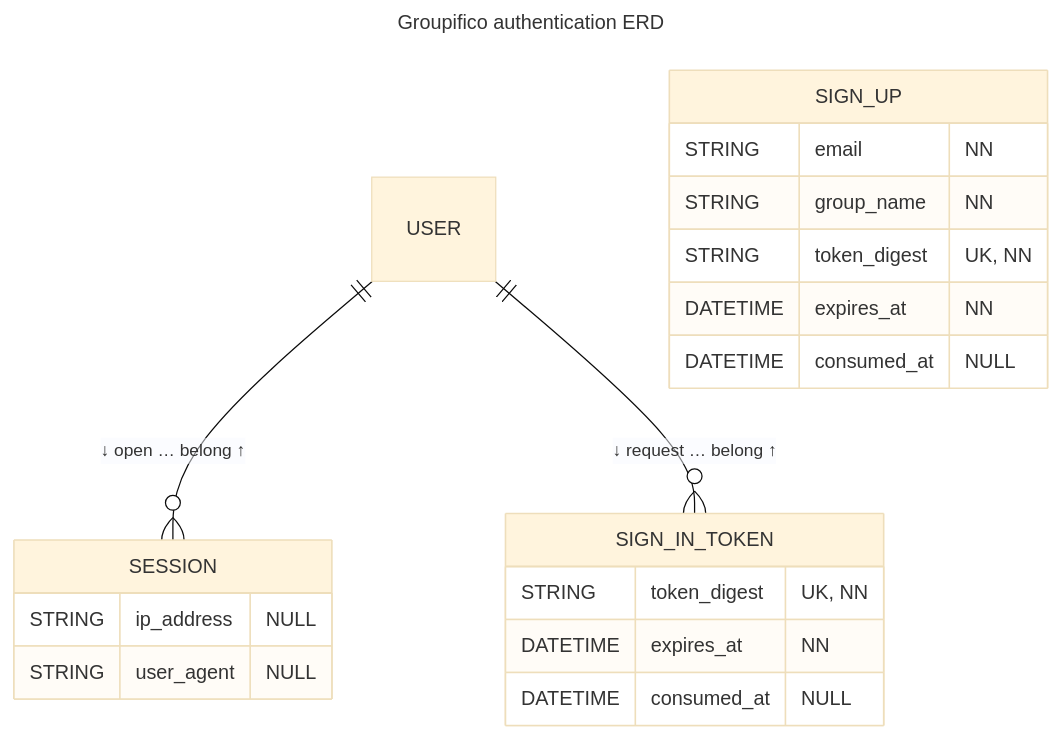
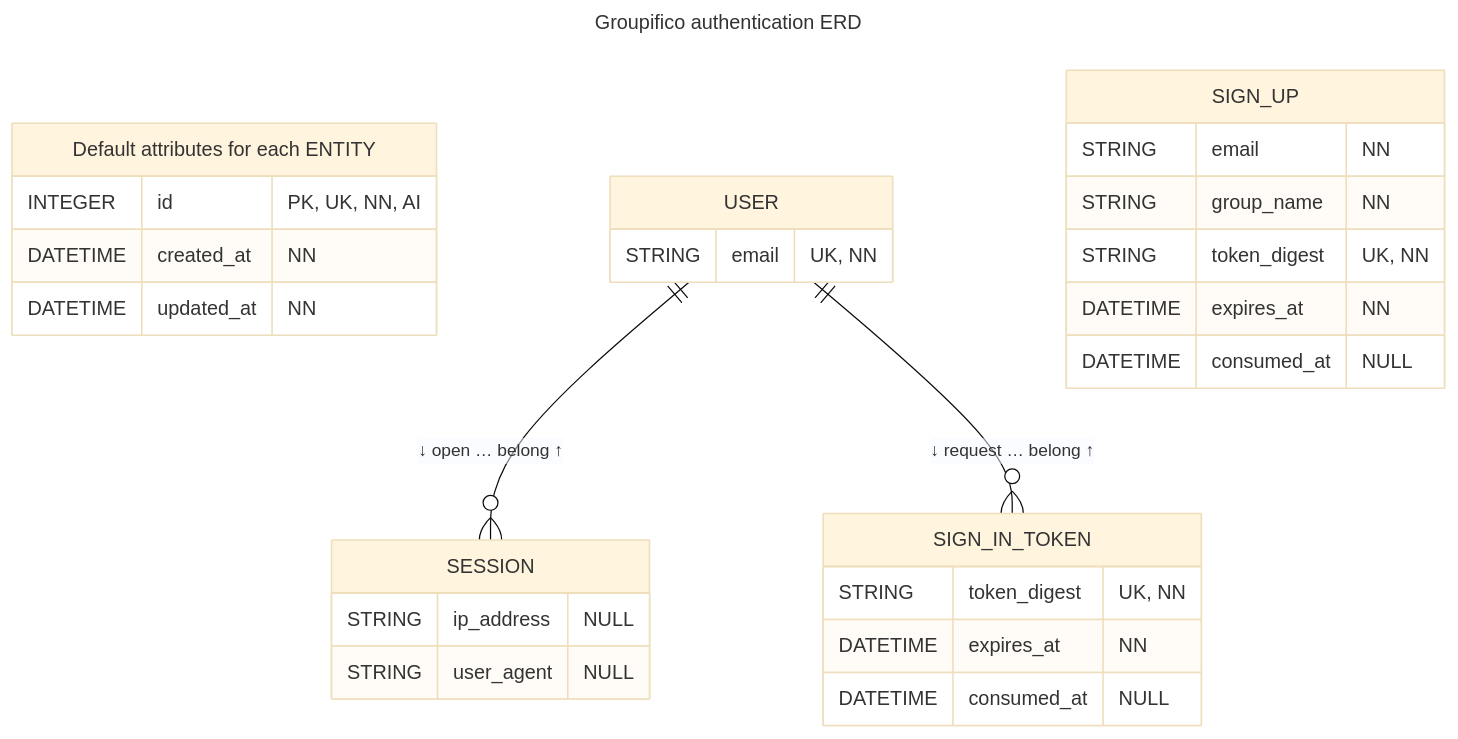
The second of 2 diagrams in README.md (izkreny/groupifico), drawn with Mermaid (base theme) before and after one commit. The commit also changed other lines of this file, not shown here.

Commit message:
fix: make the auth erd stand on its own (#148)
> 🤖 Written by AI --- read/modified by izkreny! 🤓

Closes RF1, on the owner's decision in its thread.

`USER` was drawn as a bare anchor box on the argument that an entity
with no block claims to show no columns. The owner ruled the other
way and gave the reason the argument was missing: this diagram may
one day leave the README, so it has to carry everything needed to
read it. So `USER` gets its `email` row and the default-attributes
block is drawn here as well as above, rather than borrowed.

That leaves the token legend as the only thing the diagram still
shares with the domain one, which the `[!IMPORTANT]` block now says.

````diff
--- a/README.md
+++ b/README.md
@@ -215,55 +215,66 @@
 ```mermaid
 ---
 title: Groupifico authentication ERD
 # IMPORTANT!
 # - Official syntax for entity attributes is: `type name key "comment"`
 # - Syntax for entity attributes used below: `type name "key, comment"`
 ---
 
 erDiagram
   direction TB
 
+  %% DEFAULT ATTRIBUTES
+  "Default attributes for each ENTITY" {
+    INTEGER  id         "PK, UK, NN, AI"
+    DATETIME created_at "NN"
+    DATETIME updated_at "NN"
+  }
+
   %% RELATIONSHIPS
   %% SIGN_UP has none: it carries no user_id, so there is nothing to draw a line from
   USER  1  to  0+  SESSION        :  "↓ open    … belong ↑"
   USER  1  to  0+  SIGN_IN_TOKEN  :  "↓ request … belong ↑"
 
   %% ENTITIES
 
-  %% USER is drawn in full in the domain ERD above; it is the anchor here and nothing more
+  %% UNIQUE INDEX (email)
   %% FK: sessions and sign_in_tokens both reference users, with the rules noted on each below
+  USER {
+    %% email limit: 250 chars. Normalised to stripped lowercase, uniqueness validated case-insensitively
+    STRING email "UK, NN"
+  }
 
   %% FK: user_id references users with no options, so NO ACTION; has_many dependent: :destroy cleans them up
   SESSION {
     %% ip_address has no limit declared
     STRING ip_address "NULL"
     %% user_agent has no limit declared
     STRING user_agent "NULL"
   }
 
   %% UNIQUE INDEX (token_digest)
   %% FK: user_id references users, ON DELETE CASCADE, ON UPDATE CASCADE
   SIGN_IN_TOKEN {
     %% token_digest has no limit declared. Written and matched by SignInToken.digest, never the token
     STRING   token_digest "UK, NN"
     %% expires_at is set at mint to Redeemable::EXPIRES_IN from now
     DATETIME expires_at   "NN"
     %% consumed_at is null until the link is spent. The outstanding scope selects those still null
     DATETIME consumed_at  "NULL"
   }
 
   %% UNIQUE INDEX (token_digest)
   %% No foreign key and no user_id: the row predates the account it creates
   SIGN_UP {
     %% email limit: 250 chars. Normalised to stripped lowercase, matching User exactly
     STRING   email        "NN"
     %% group_name limit: 250 chars. Becomes the new Group's name at redemption
     STRING   group_name   "NN"
     %% token_digest has no limit declared. Written and matched by SignUp.digest, never the token
     STRING   token_digest "UK, NN"
     %% expires_at is set at mint to Redeemable::EXPIRES_IN from now
     DATETIME expires_at   "NN"
     %% consumed_at is null until the link is spent. The outstanding scope selects those still null
     DATETIME consumed_at  "NULL"
   }
 ```
````
